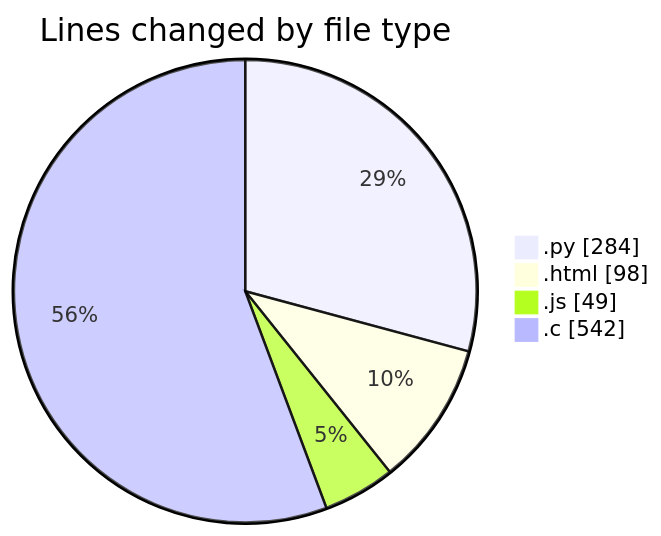
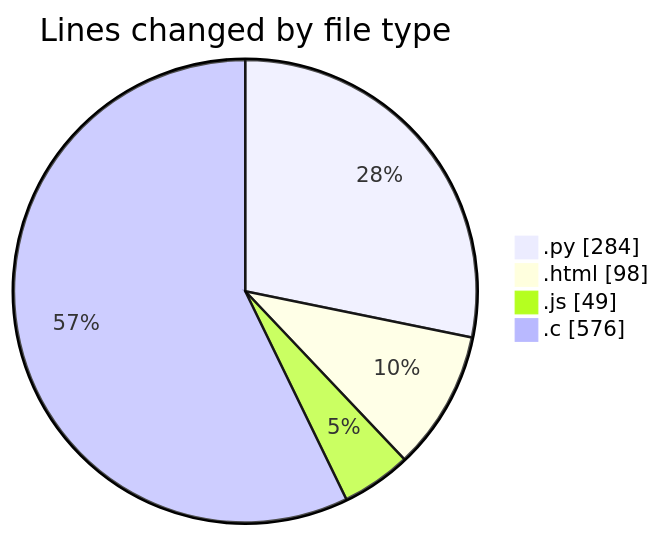
The first of 2 diagrams in 2025-01-21/projects/README.md (Ritupan-Deka/code-tracking), drawn with Mermaid before and after one commit. The commit also changed other lines of this file and 1 other file, not shown here.

````diff
--- a/2025-01-21/projects/README.md
+++ b/2025-01-21/projects/README.md
@@ -31,8 +31,8 @@
 ```mermaid
 pie showData
 title Lines changed by file type
 ".py" : 284
 ".html" : 98
 ".js" : 49
-".c" : 542
+".c" : 576
 ```
````
